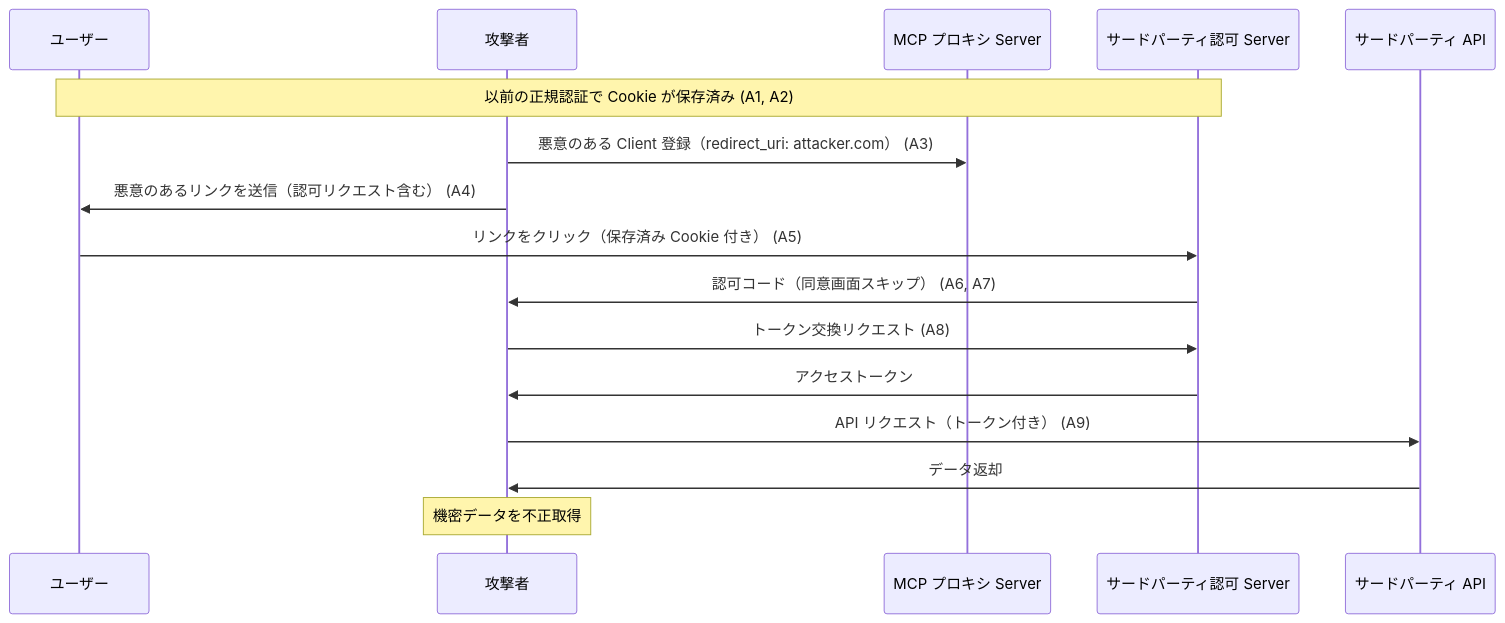
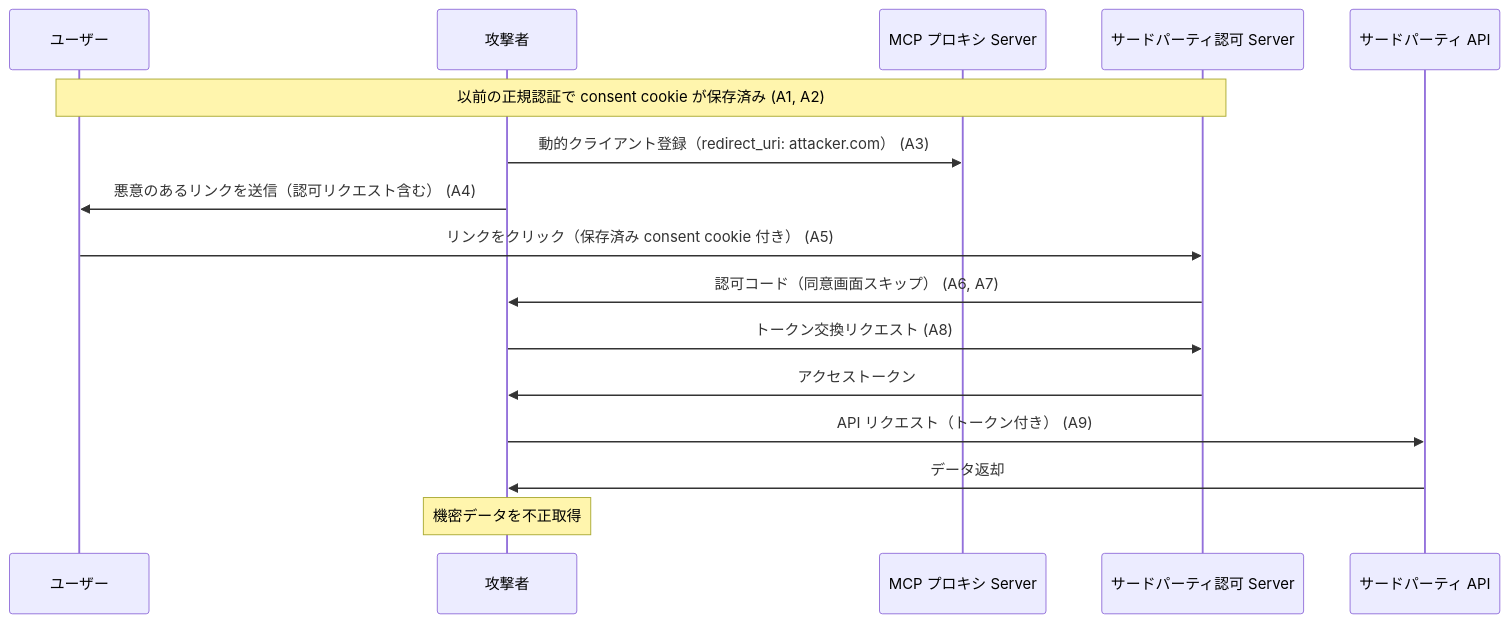
Before and after one commit to littlemex/zenn: the second of 5 diagrams in books/security-of-the-mcp/chapter15.md, drawn with Mermaid. The commit also changed other lines of this file, not shown here.

````diff
--- a/books/security-of-the-mcp/chapter15.md
+++ b/books/security-of-the-mcp/chapter15.md
@@ -108,19 +108,19 @@
 ```mermaid
 sequenceDiagram
     participant User as ユーザー
     participant Attacker as 攻撃者
     participant MCP as MCP プロキシ Server
     participant Auth as サードパーティ認可 Server
     participant API as サードパーティ API
 
-    Note over User,Auth: 以前の正規認証で Cookie が保存済み (A1, A2)
-    Attacker->>MCP: 悪意のある Client 登録（redirect_uri: attacker.com） (A3)
+    Note over User,Auth: 以前の正規認証で consent cookie が保存済み (A1, A2)
+    Attacker->>MCP: 動的クライアント登録（redirect_uri: attacker.com） (A3)
     Attacker->>User: 悪意のあるリンクを送信（認可リクエスト含む） (A4)
-    User->>Auth: リンクをクリック（保存済み Cookie 付き） (A5)
+    User->>Auth: リンクをクリック（保存済み consent cookie 付き） (A5)
     Auth->>Attacker: 認可コード（同意画面スキップ） (A6, A7)
     Attacker->>Auth: トークン交換リクエスト (A8)
     Auth->>Attacker: アクセストークン
     Attacker->>API: API リクエスト（トークン付き） (A9)
     API->>Attacker: データ返却
     Note over Attacker: 機密データを不正取得
 ```
````
